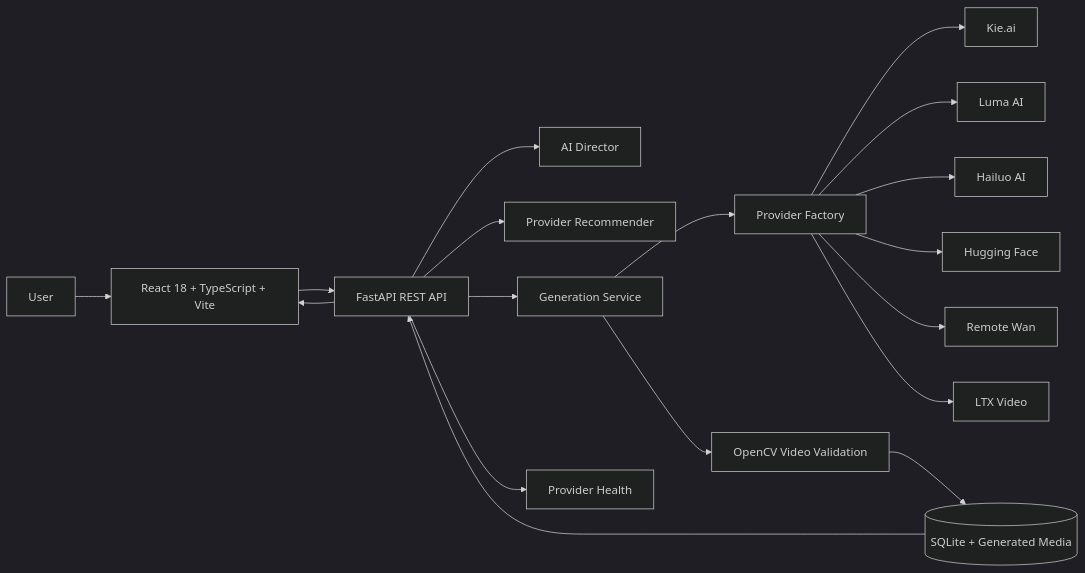
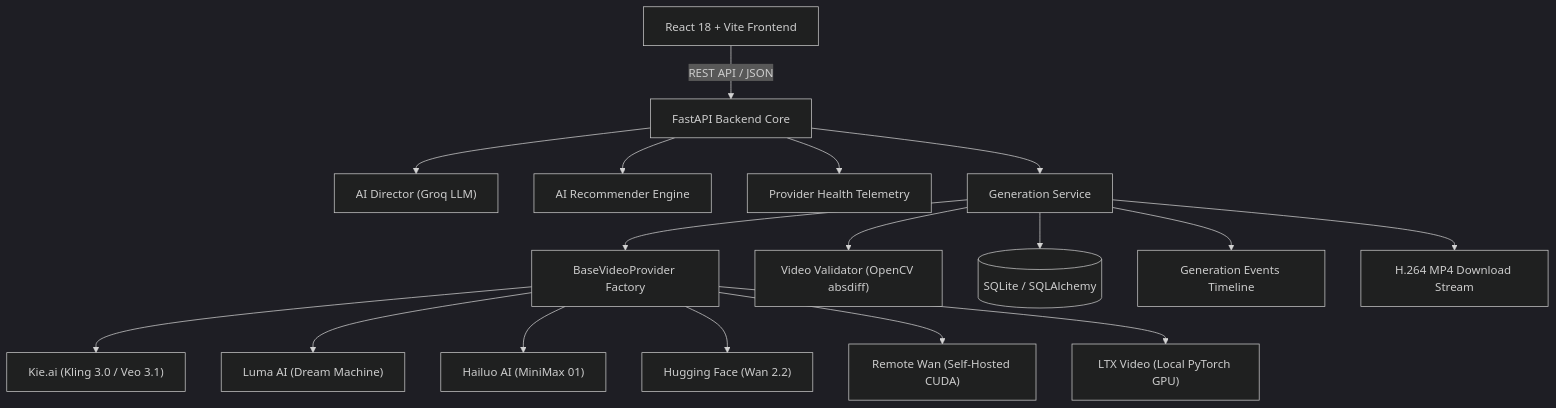
One commit to rzvn6660/Moviq changed the diagram in README.md. Above: the diagram before and after it, drawn with Mermaid (dark theme). The commit also changed other lines of this file, not shown here.

Commit message:
docs(readme): complete README redesign matching top open-source AI repositories

````diff
--- a/README.md
+++ b/README.md
@@ -125,31 +61,21 @@
 ```mermaid
-flowchart LR
+flowchart TD
+    UI["React 18 + Vite Frontend"] -->|REST API / JSON| API["FastAPI Backend Core"]
+    API --> AID["AI Director (Groq LLM)"]
+    API --> REC["AI Recommender Engine"]
+    API --> HLT["Provider Health Telemetry"]
+    API --> GEN["Generation Service"]
+    GEN --> FACT["BaseVideoProvider Factory"]
+    
+    FACT --> KIE["Kie.ai (Kling 3.0 / Veo 3.1)"]
+    FACT --> LUMA["Luma AI (Dream Machine)"]
+    FACT --> HAI["Hailuo AI (MiniMax 01)"]
+    FACT --> HF["Hugging Face (Wan 2.2)"]
+    FACT --> RWAN["Remote Wan (Self-Hosted CUDA)"]
+    FACT --> LTX["LTX Video (Local PyTorch GPU)"]
 
-    U[User]
-
-    U --> FE[React 18 + TypeScript + Vite]
-
-    FE --> API[FastAPI REST API]
-
-    API --> DIR[AI Director]
-    API --> REC[Provider Recommender]
-    API --> GEN[Generation Service]
-    API --> HEALTH[Provider Health]
-
-    GEN --> FACTORY[Provider Factory]
-
-    FACTORY --> KIE[Kie.ai]
-    FACTORY --> LUMA[Luma AI]
-    FACTORY --> HAILUO[Hailuo AI]
-    FACTORY --> HF[Hugging Face]
-    FACTORY --> WAN[Remote Wan]
-    FACTORY --> LTX[LTX Video]
-
-    GEN --> VALIDATOR[OpenCV Video Validation]
-
-    VALIDATOR --> STORAGE[(SQLite + Generated Media)]
-
-    STORAGE --> API
-
-    API --> FE
+    GEN --> VAL["Video Validator (OpenCV absdiff)"]
+    GEN --> DB[(SQLite / SQLAlchemy)]
+    GEN --> EVT["Generation Events Timeline"]
+    GEN --> DL["H.264 MP4 Download Stream"]
 ```
````
